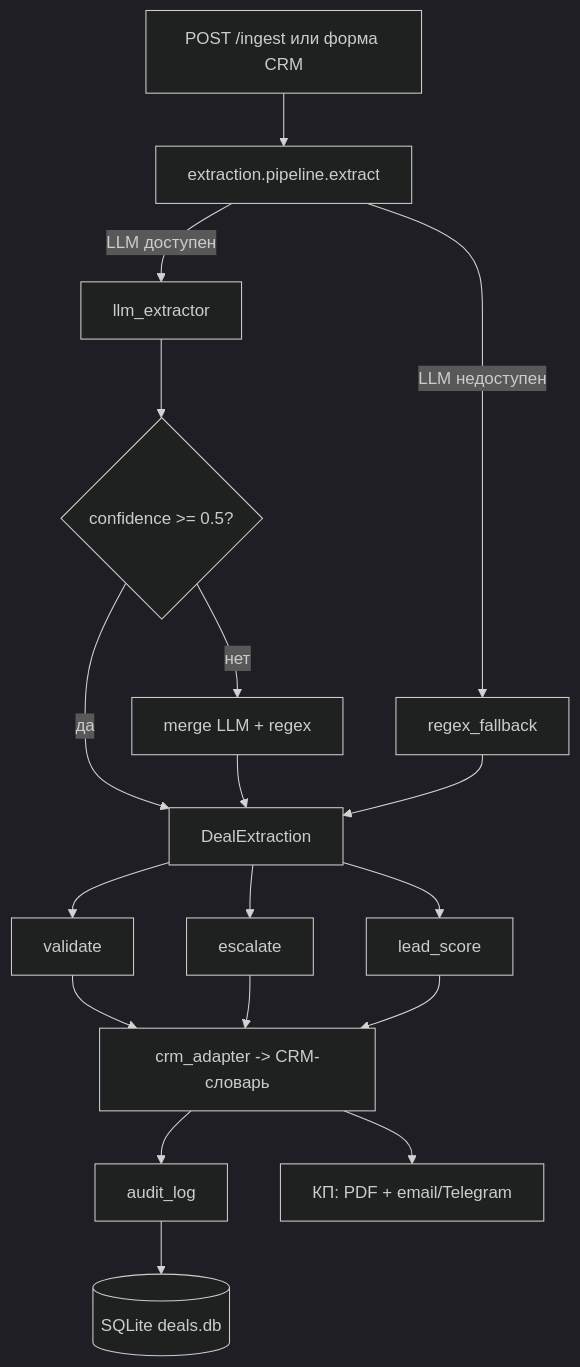
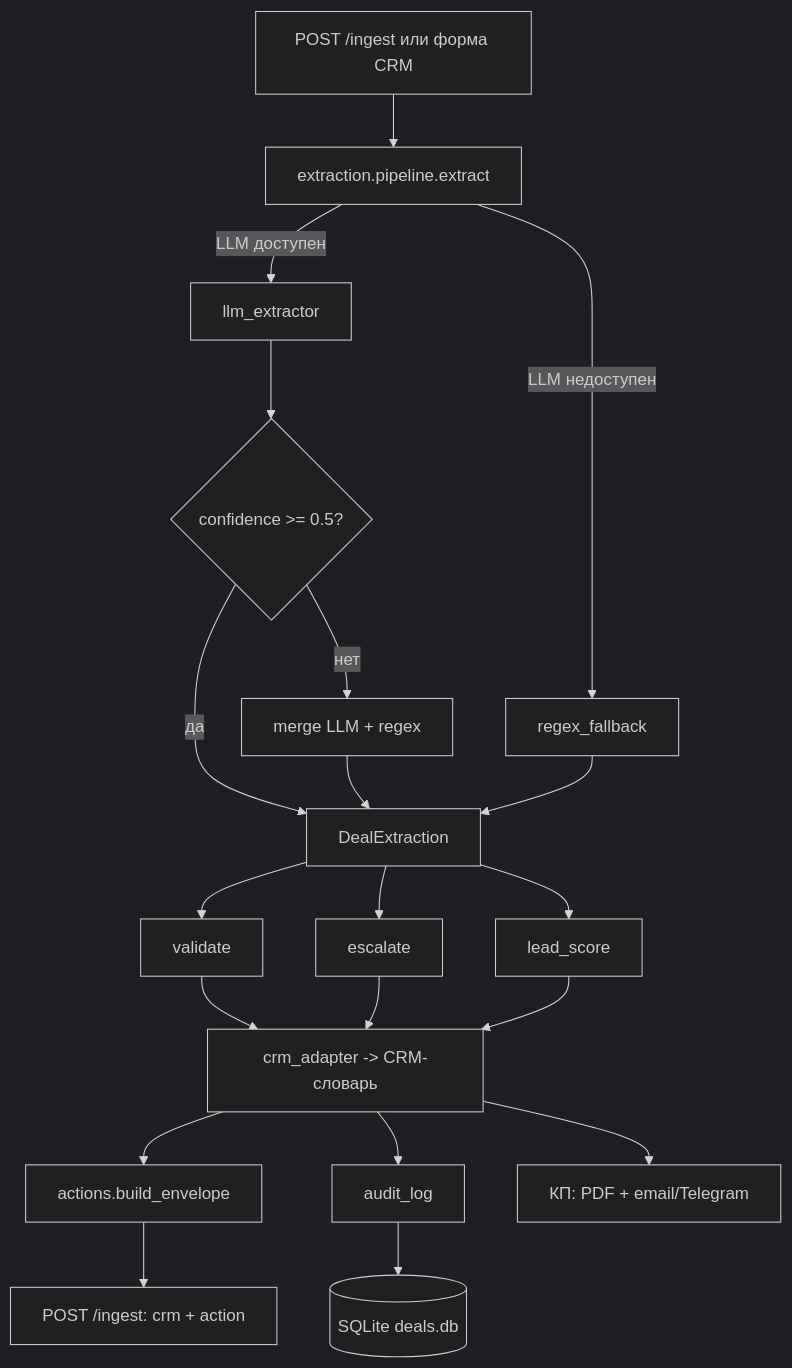
One commit to PavelKarikoff/OfferDesk changed the diagram in docs/ARCHITECTURE.md. Above: the diagram before and after it, drawn with Mermaid (dark theme). The commit also changed other lines of this file and 5 other files, not shown here.

First line of the commit message:
feat(actions): формальный inbox-контракт в POST /ingest

````diff
--- a/docs/ARCHITECTURE.md
+++ b/docs/ARCHITECTURE.md
@@ -5,20 +5,22 @@
 ```mermaid
 flowchart TD
     T[POST /ingest или форма CRM] --> P[extraction.pipeline.extract]
     P -->|LLM доступен| L[llm_extractor]
     P -->|LLM недоступен| R[regex_fallback]
     L --> C{confidence >= 0.5?}
     C -->|да| D[DealExtraction]
     C -->|нет| M[merge LLM + regex]
     M --> D
     R --> D
     D --> V[validate]
     D --> E[escalate]
     D --> S[lead_score]
     V --> CRM[crm_adapter -> CRM-словарь]
     E --> CRM
     S --> CRM
+    CRM --> ACT[actions.build_envelope]
+    ACT --> IN[POST /ingest: crm + action]
     CRM --> A[audit_log]
     A --> DB[(SQLite deals.db)]
     CRM --> K[КП: PDF + email/Telegram]
 ```
````
